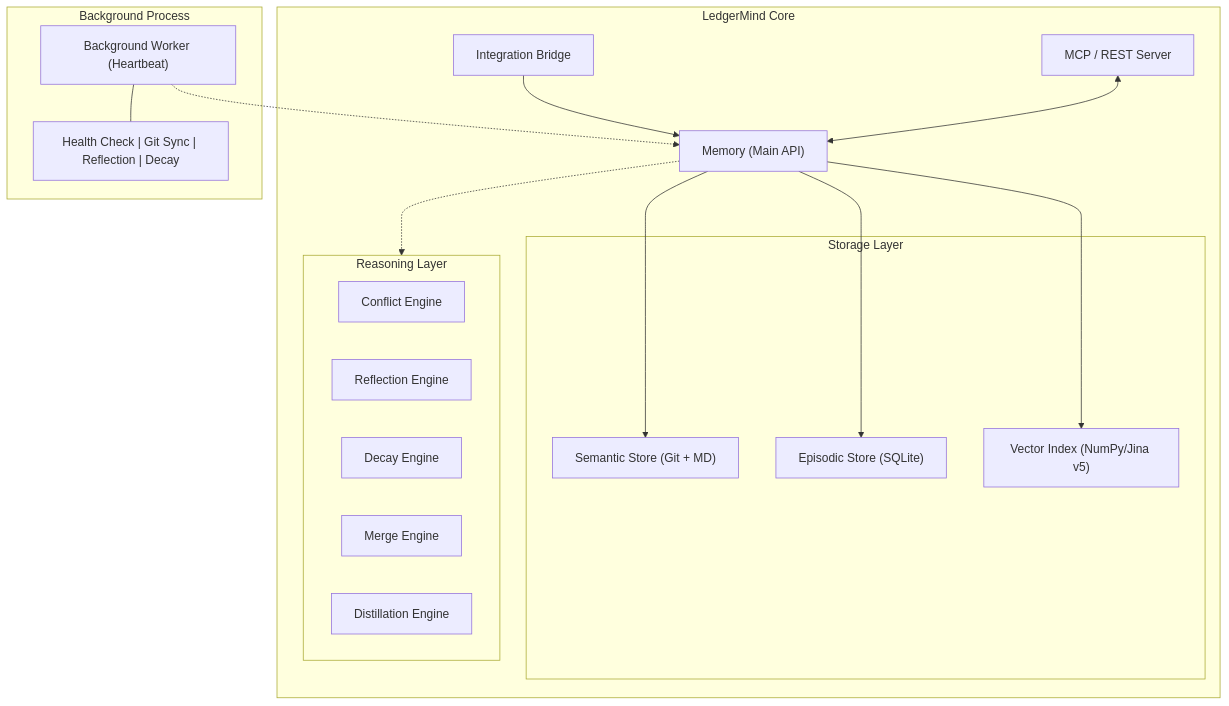
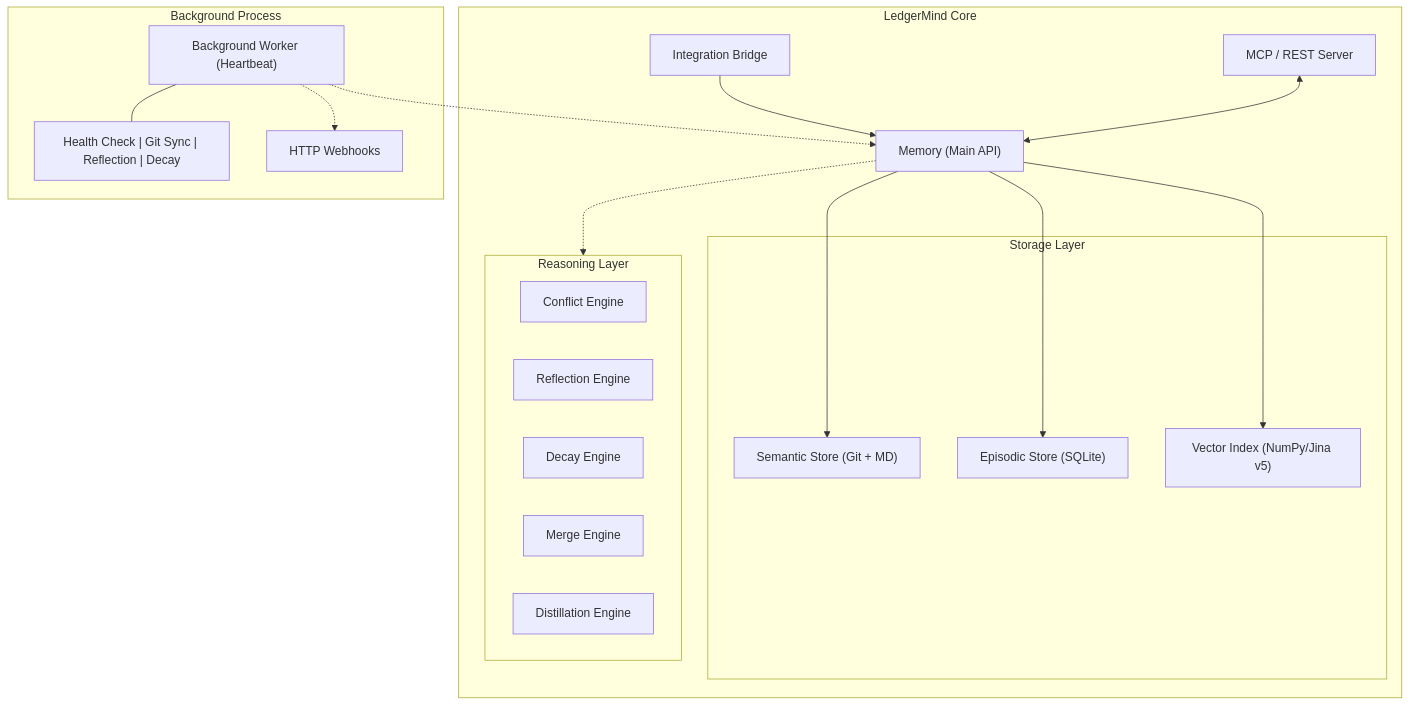
One commit to sl4m3/ledgermind changed the diagram in README.md. Above: the diagram before and after it, drawn with Mermaid. The commit also changed other lines of this file and 22 other files, not shown here.

````diff
--- a/README.md
+++ b/README.md
@@ -46,38 +48,39 @@
 ```mermaid
 graph TD
     subgraph Core ["LedgerMind Core"]
         Bridge["Integration Bridge"]
         Memory["Memory (Main API)"]
         Server["MCP / REST Server"]
         
         Bridge --> Memory
         Server <--> Memory
         
         subgraph Stores ["Storage Layer"]
             Semantic["Semantic Store (Git + MD)"]
             Episodic["Episodic Store (SQLite)"]
             Vector["Vector Index (NumPy/Jina v5)"]
         end
         
         Memory --> Semantic
         Memory --> Episodic
         Memory --> Vector
         
         subgraph Reasoning ["Reasoning Layer"]
             Conflict["Conflict Engine"]
             Reflection["Reflection Engine"]
             Decay["Decay Engine"]
             Merge["Merge Engine"]
             Distillation["Distillation Engine"]
         end
         
         Memory -.-> Reasoning
     end
 
     subgraph Background ["Background Process"]
         Worker["Background Worker (Heartbeat)"]
         Worker --- WorkerAction["Health Check | Git Sync | Reflection | Decay"]
+        Worker -.-> Webhooks["HTTP Webhooks"]
     end
     
     Worker -.-> Memory
 ```
````
